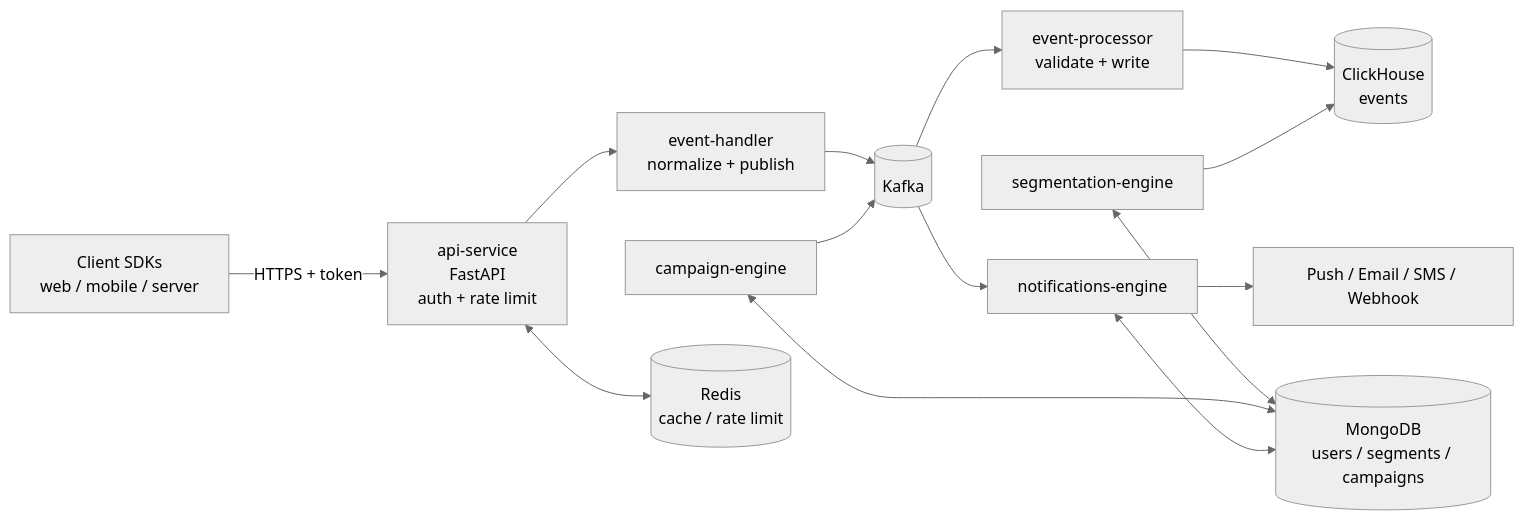
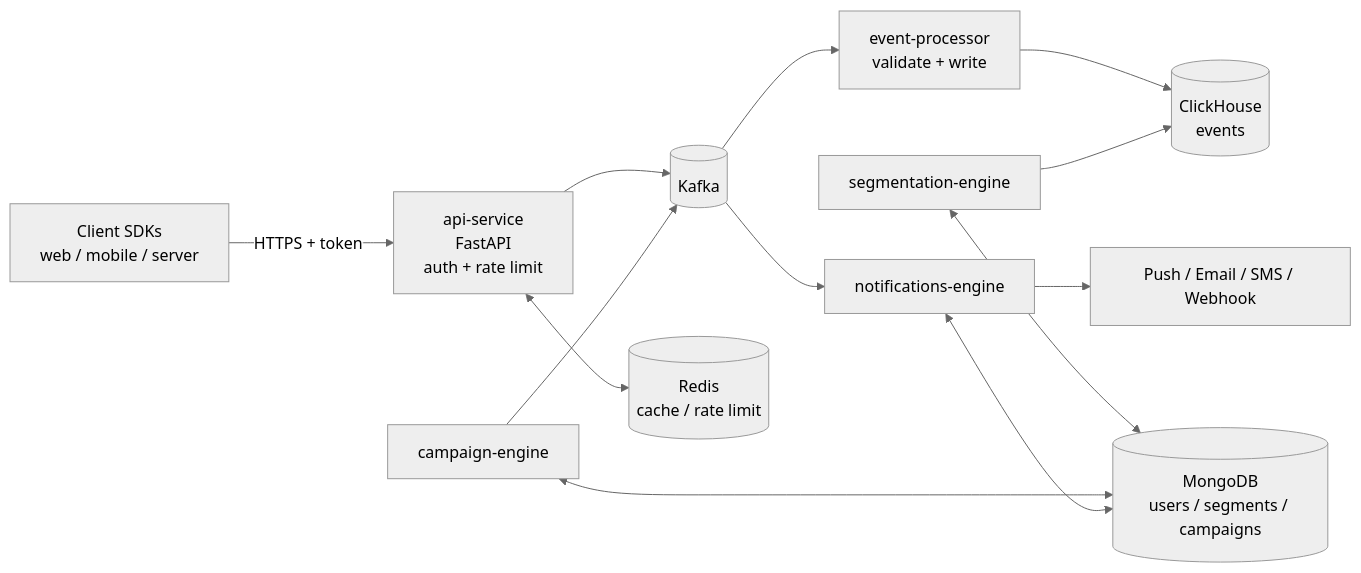
One commit to wynta-git/signal-android-sdk changed the diagram in ARCHITECTURE.md. Above: the diagram before and after it, drawn with Mermaid (neutral theme). The commit also changed other lines of this file and 16 other files, not shown here.

First line of the commit message:
refactor(arch): remove event-handler; api-service publishes directly to Kafka

````diff
--- a/ARCHITECTURE.md
+++ b/ARCHITECTURE.md
@@ -5,29 +5,27 @@
 ```mermaid
 flowchart LR
     SDK[Client SDKs<br/>web / mobile / server]
     API[api-service<br/>FastAPI<br/>auth + rate limit]
-    EH[event-handler<br/>normalize + publish]
     K[(Kafka)]
     EP[event-processor<br/>validate + write]
     CH[(ClickHouse<br/>events)]
     SE[segmentation-engine]
     CE[campaign-engine]
     NE[notifications-engine]
     M[(MongoDB<br/>users / segments / campaigns)]
     R[(Redis<br/>cache / rate limit)]
     OUT[Push / Email / SMS / Webhook]
 
     SDK -->|HTTPS + token| API
-    API --> EH
+    API --> K
     API <--> R
-    EH --> K
     K --> EP
     EP --> CH
     SE --> CH
     SE <--> M
     CE <--> M
     CE --> K
     K --> NE
     NE --> OUT
     NE <--> M
 ```
````
